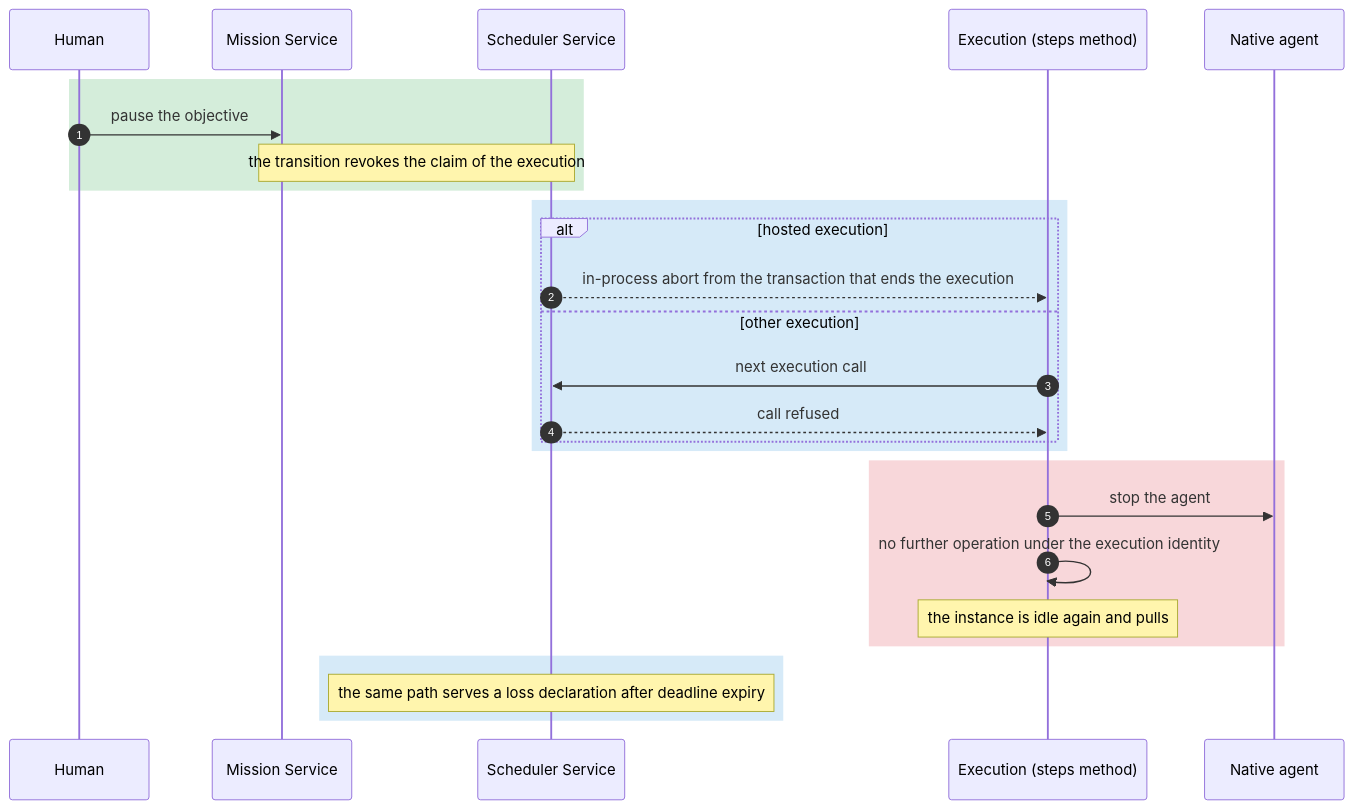
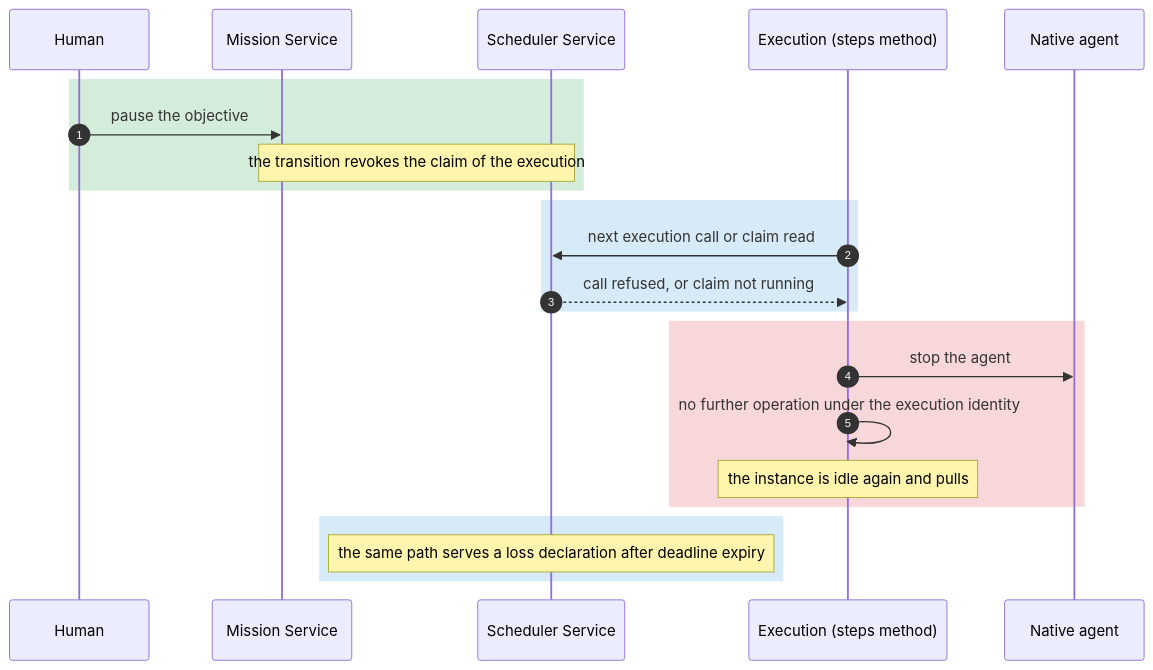
Before and after one commit to kanthorlabs/kanthord: the fourth of 8 diagrams in docs/brainstorm/worker-service.md, drawn with Mermaid. The commit also changed other lines of this file and 15 other files, not shown here.

````diff
--- a/docs/brainstorm/worker-service.md
+++ b/docs/brainstorm/worker-service.md
@@ -400,30 +436,26 @@
 ```mermaid
 sequenceDiagram
     autonumber
     participant H as Human
     participant M as Mission Service
     participant S as Scheduler Service
     participant E as Execution (steps method)
     participant A as Native agent
 
     rect rgb(212, 237, 218)
         H->>M: pause the objective
         Note over M,S: the transition revokes the claim of the execution
     end
     rect rgb(214, 234, 248)
-        alt hosted execution
-            S-->>E: in-process abort from the transaction that ends the execution
-        else other execution
-            E->>S: next execution call
-            S-->>E: call refused
-        end
+        E->>S: next execution call or claim read
+        S-->>E: call refused, or claim not running
     end
     rect rgb(248, 215, 218)
         E->>A: stop the agent
         E->>E: no further operation under the execution identity
         Note over E: the instance is idle again and pulls
     end
     rect rgb(214, 234, 248)
         Note over S: the same path serves a loss declaration after deadline expiry
     end
 ```
````
